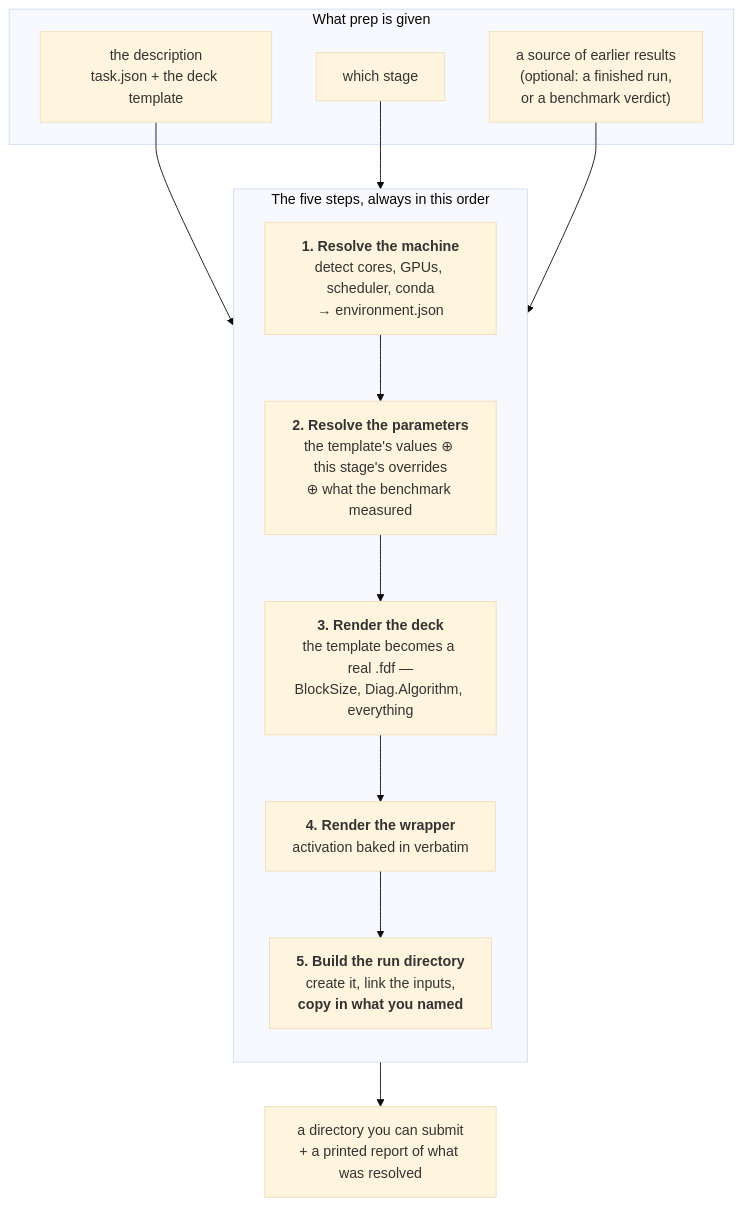
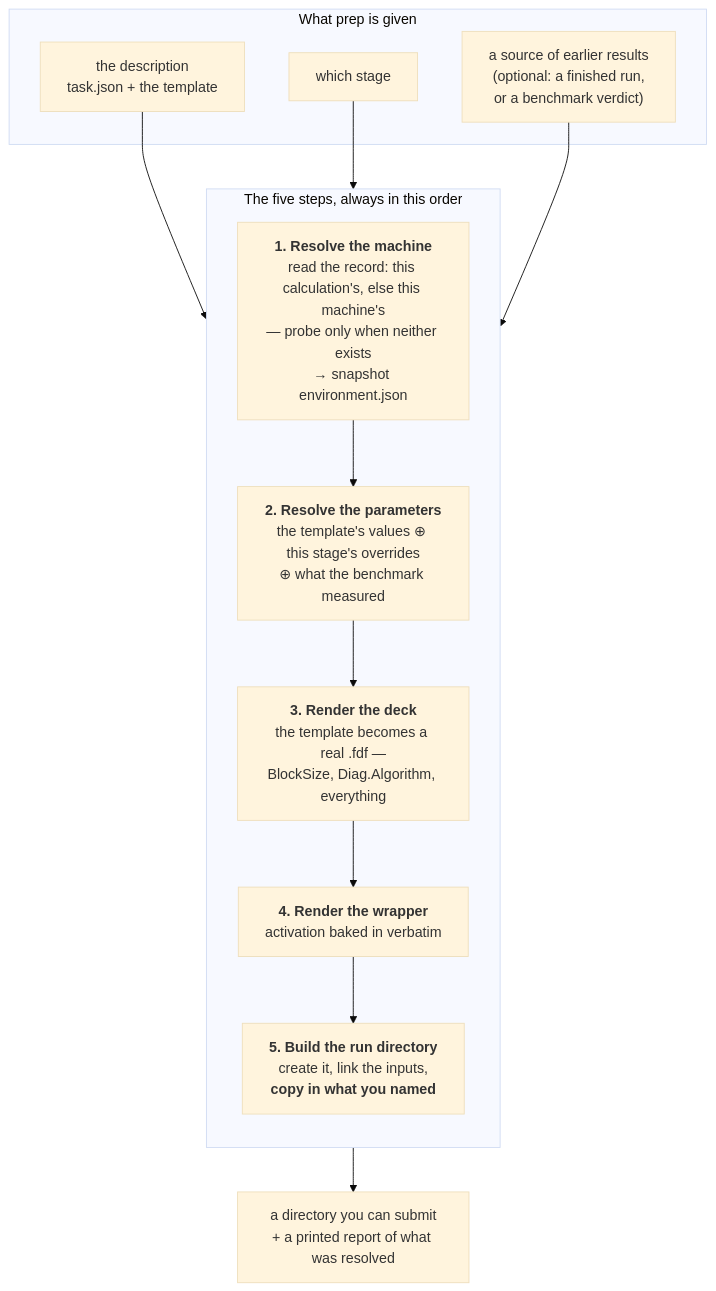
One commit to Qing-LAB/molbuilder changed the seventh of 11 diagrams in docs/execution/project-layout.md. Above: the diagram before and after it, drawn with Mermaid (base theme). The commit also changed other lines of this file and 85 other files, not shown here.

First line of the commit message:
refactor(contracts): one door per fact -- template path, GPU rule, machine-answered set

````diff
--- a/docs/execution/project-layout.md
+++ b/docs/execution/project-layout.md
@@ -811,20 +811,20 @@
 ```mermaid
 flowchart TB
     subgraph inputs["What prep is given"]
-      D["the description<br/>task.json + the deck template"]
+      D["the description<br/>task.json + the template"]
       S["which stage"]
       F["a source of earlier results<br/>(optional: a finished run,<br/>or a benchmark verdict)"]
     end
     subgraph steps["The five steps, always in this order"]
       direction TB
-      S1["<b>1. Resolve the machine</b><br/>detect cores, GPUs, scheduler, conda<br/>→ environment.json"]
+      S1["<b>1. Resolve the machine</b><br/>read the record: this calculation's, else this machine's<br/>— probe only when neither exists<br/>→ snapshot environment.json"]
       S2["<b>2. Resolve the parameters</b><br/>the template's values ⊕ this stage's overrides<br/>⊕ what the benchmark measured"]
       S3["<b>3. Render the deck</b><br/>the template becomes a real .fdf —<br/>BlockSize, Diag.Algorithm, everything"]
       S4["<b>4. Render the wrapper</b><br/>activation baked in verbatim"]
       S5["<b>5. Build the run directory</b><br/>create it, link the inputs,<br/><b>copy in what you named</b>"]
       S1 --> S2 --> S3 --> S4 --> S5
     end
     R["a directory you can submit<br/>+ a printed report of what was resolved"]
     D & S & F --> S1
     S5 --> R
 ```
````
